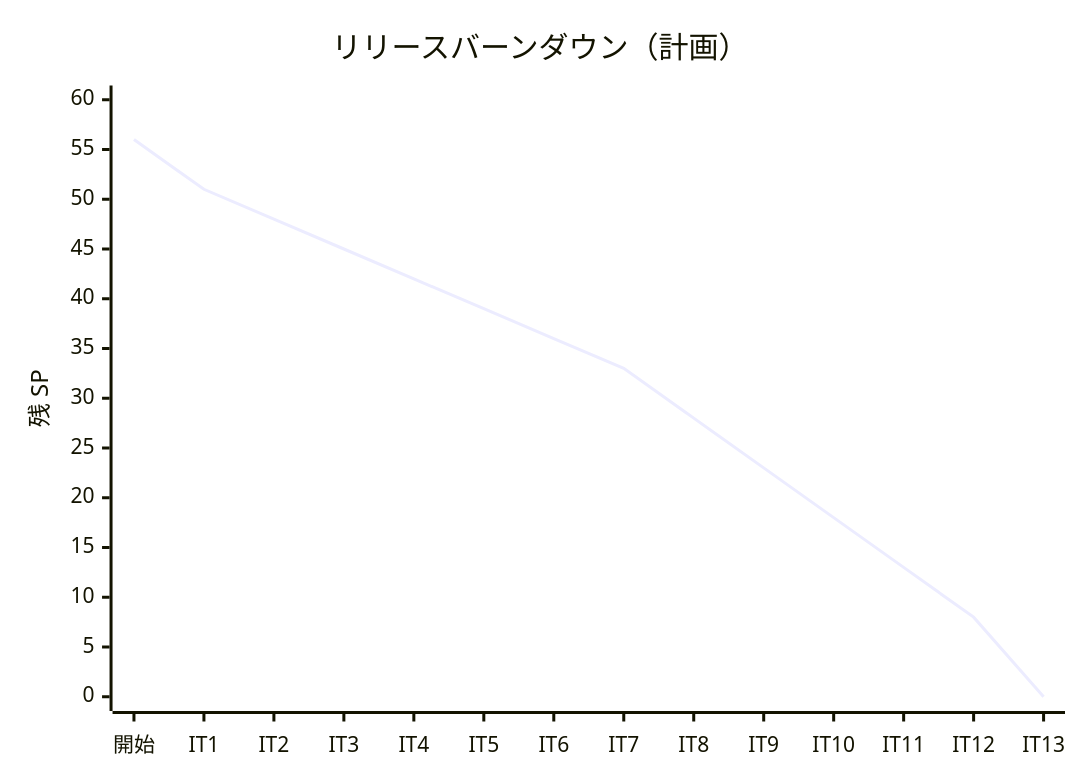
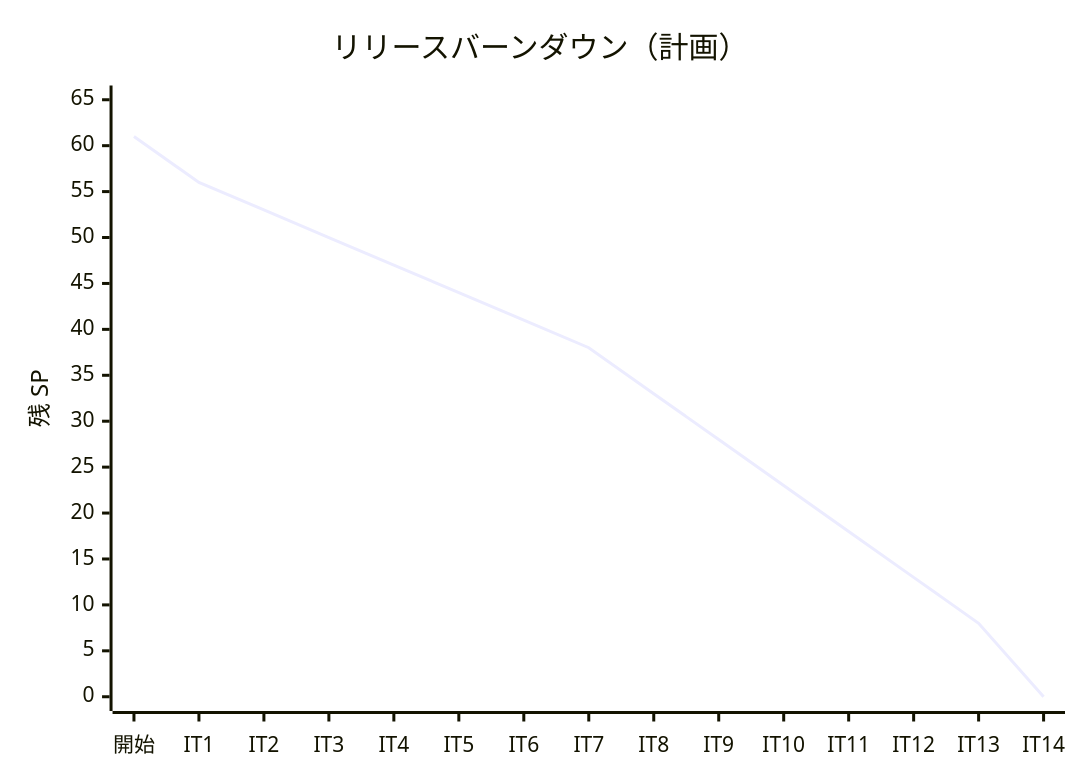
The second of 2 diagrams in docs/development/release_plan.md (k2works/getting-started-algorithm), drawn with Mermaid before and after one commit. The commit also changed other lines of this file and 1 other file, not shown here.

````diff
--- a/docs/development/release_plan.md
+++ b/docs/development/release_plan.md
@@ -373,7 +377,7 @@
 ```mermaid
 xychart-beta
     title "リリースバーンダウン（計画）"
-    x-axis ["開始", "IT1", "IT2", "IT3", "IT4", "IT5", "IT6", "IT7", "IT8", "IT9", "IT10", "IT11", "IT12", "IT13"]
-    y-axis "残 SP" 0 --> 60
-    line "計画" [56, 51, 48, 45, 42, 39, 36, 33, 28, 23, 18, 13, 8, 0]
+    x-axis ["開始", "IT1", "IT2", "IT3", "IT4", "IT5", "IT6", "IT7", "IT8", "IT9", "IT10", "IT11", "IT12", "IT13", "IT14"]
+    y-axis "残 SP" 0 --> 65
+    line "計画" [61, 56, 53, 50, 47, 44, 41, 38, 33, 28, 23, 18, 13, 8, 0]
 ```
````
